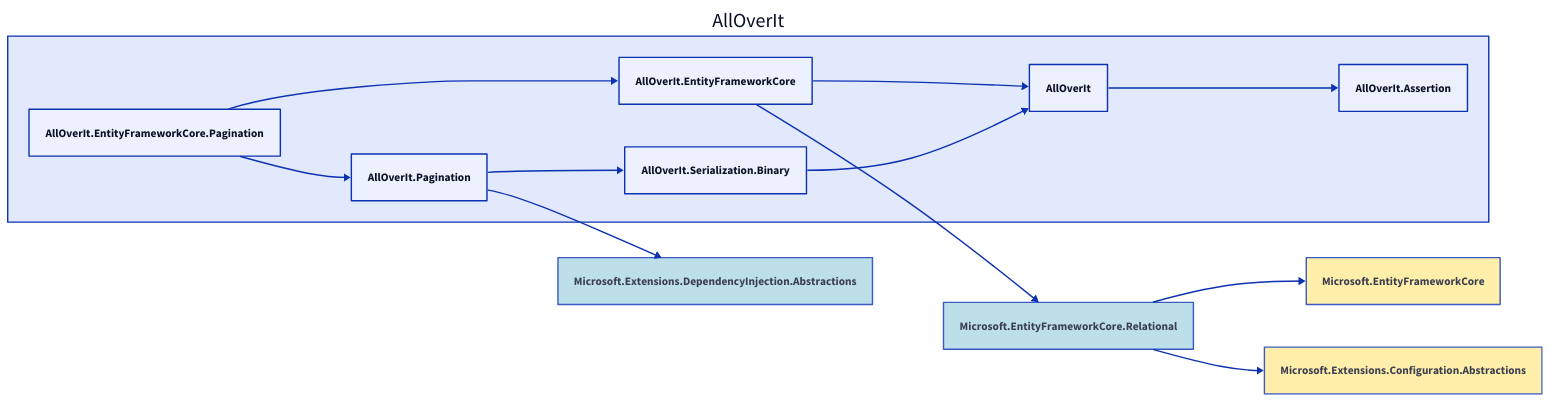
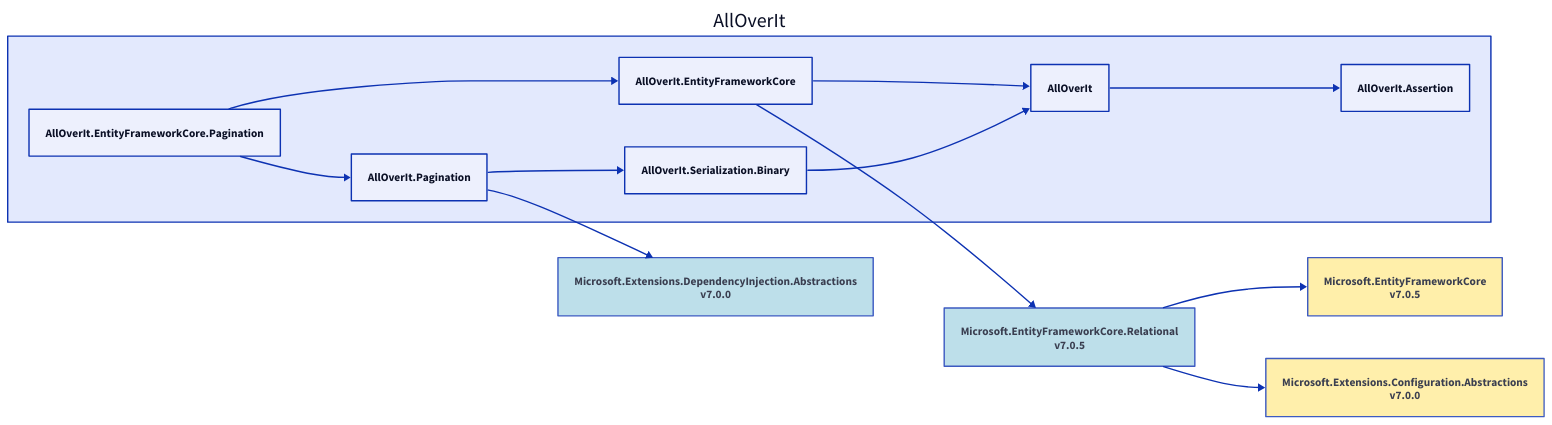
The diagram in Docs/Dependencies/alloverit-entityframeworkcore-pagination.d2 (nickathone/AllOverIt), drawn with D2 before and after one commit. The commit also changed 62 other files, not shown here.

```diff
--- a/Docs/Dependencies/alloverit-entityframeworkcore-pagination.d2
+++ b/Docs/Dependencies/alloverit-entityframeworkcore-pagination.d2
@@ -1,31 +1,31 @@
 direction: right
 
 aoi: AllOverIt
 aoi.alloverit-entityframeworkcore-pagination: AllOverIt.EntityFrameworkCore.Pagination
 aoi.alloverit-entityframeworkcore: AllOverIt.EntityFrameworkCore
-microsoft-entityframeworkcore-relational: Microsoft.EntityFrameworkCore.Relational
-microsoft-entityframeworkcore-relational.style.fill: "#ADD8E6"
-microsoft-entityframeworkcore-relational.style.opacity: 0.8
-microsoft-entityframeworkcore: Microsoft.EntityFrameworkCore
-microsoft-entityframeworkcore.style.fill: "#FFEC96"
-microsoft-entityframeworkcore.style.opacity: 0.8
-microsoft-entityframeworkcore <- microsoft-entityframeworkcore-relational
-microsoft-extensions-configuration-abstractions: Microsoft.Extensions.Configuration.Abstractions
-microsoft-extensions-configuration-abstractions.style.fill: "#FFEC96"
-microsoft-extensions-configuration-abstractions.style.opacity: 0.8
-microsoft-extensions-configuration-abstractions <- microsoft-entityframeworkcore-relational
-microsoft-entityframeworkcore-relational <- aoi.alloverit-entityframeworkcore
+microsoft-entityframeworkcore-relational_7-0-5: Microsoft.EntityFrameworkCore.Relational\nv7.0.5
+microsoft-entityframeworkcore-relational_7-0-5.style.fill: "#ADD8E6"
+microsoft-entityframeworkcore-relational_7-0-5.style.opacity: 0.8
+microsoft-entityframeworkcore_7-0-5: Microsoft.EntityFrameworkCore\nv7.0.5
+microsoft-entityframeworkcore_7-0-5.style.fill: "#FFEC96"
+microsoft-entityframeworkcore_7-0-5.style.opacity: 0.8
+microsoft-entityframeworkcore_7-0-5 <- microsoft-entityframeworkcore-relational_7-0-5
+microsoft-extensions-configuration-abstractions_7-0-0: Microsoft.Extensions.Configuration.Abstractions\nv7.0.0
+microsoft-extensions-configuration-abstractions_7-0-0.style.fill: "#FFEC96"
+microsoft-extensions-configuration-abstractions_7-0-0.style.opacity: 0.8
+microsoft-extensions-configuration-abstractions_7-0-0 <- microsoft-entityframeworkcore-relational_7-0-5
+microsoft-entityframeworkcore-relational_7-0-5 <- aoi.alloverit-entityframeworkcore
 aoi.alloverit: AllOverIt
 aoi.alloverit-assertion: AllOverIt.Assertion
 aoi.alloverit-assertion <- aoi.alloverit
 aoi.alloverit <- aoi.alloverit-entityframeworkcore
 aoi.alloverit-entityframeworkcore <- aoi.alloverit-entityframeworkcore-pagination
 aoi.alloverit-pagination: AllOverIt.Pagination
-microsoft-extensions-dependencyinjection-abstractions: Microsoft.Extensions.DependencyInjection.Abstractions
-microsoft-extensions-dependencyinjection-abstractions.style.fill: "#ADD8E6"
-microsoft-extensions-dependencyinjection-abstractions.style.opacity: 0.8
-microsoft-extensions-dependencyinjection-abstractions <- aoi.alloverit-pagination
+microsoft-extensions-dependencyinjection-abstractions_7-0-0: Microsoft.Extensions.DependencyInjection.Abstractions\nv7.0.0
+microsoft-extensions-dependencyinjection-abstractions_7-0-0.style.fill: "#ADD8E6"
+microsoft-extensions-dependencyinjection-abstractions_7-0-0.style.opacity: 0.8
+microsoft-extensions-dependencyinjection-abstractions_7-0-0 <- aoi.alloverit-pagination
 aoi.alloverit-serialization-binary: AllOverIt.Serialization.Binary
 aoi.alloverit <- aoi.alloverit-serialization-binary
 aoi.alloverit-serialization-binary <- aoi.alloverit-pagination
 aoi.alloverit-pagination <- aoi.alloverit-entityframeworkcore-pagination
```
